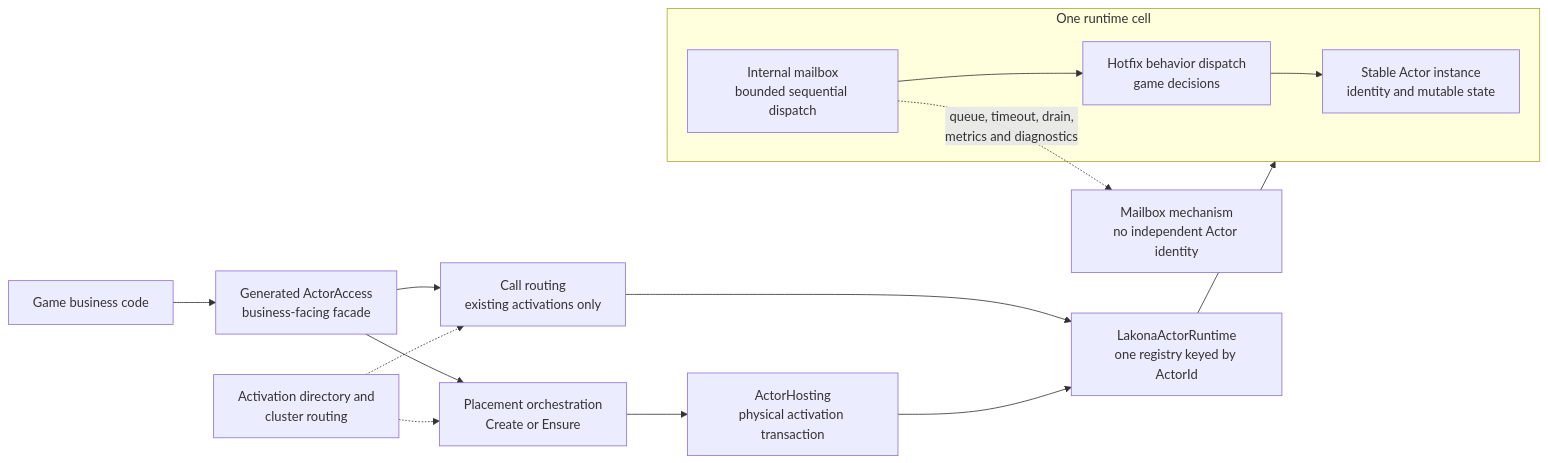
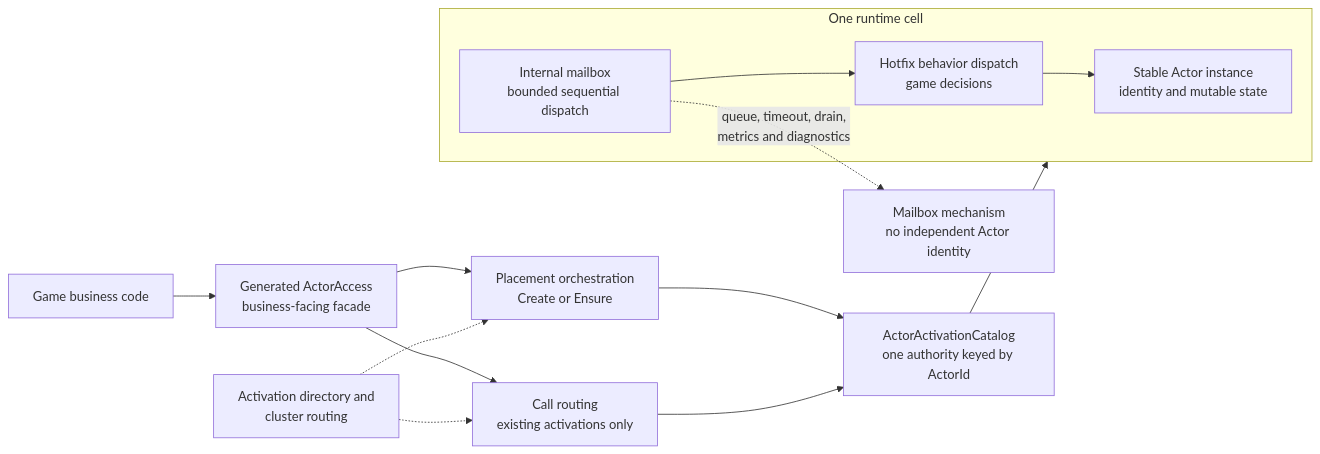
The first of 7 diagrams in docs/actor.md (bruce48x/Lakona), drawn with Mermaid before and after one commit. The commit also changed other lines of this file and 47 other files, not shown here.

Commit message:
Replace actor hosting with activation catalog

````diff
--- a/docs/actor.md
+++ b/docs/actor.md
@@ -29,22 +29,21 @@
 ```mermaid
 flowchart LR
     B["Game business code"] --> A["Generated ActorAccess<br/>business-facing facade"]
     A --> Q["Call routing<br/>existing activations only"]
     A --> P["Placement orchestration<br/>Create or Ensure"]
-    P --> H["ActorHosting<br/>physical activation transaction"]
-    Q --> R["LakonaActorRuntime<br/>one registry keyed by ActorId"]
-    H --> R
+    P --> R["ActorActivationCatalog<br/>one authority keyed by ActorId"]
+    Q --> R
 
     subgraph Cell["One runtime cell"]
         S["Stable Actor instance<br/>identity and mutable state"]
         M["Internal mailbox<br/>bounded sequential dispatch"]
         D["Hotfix behavior dispatch<br/>game decisions"]
         M --> D
         D --> S
     end
 
     R --> Cell
     C["Activation directory and<br/>cluster routing"] -.-> Q
     C -.-> P
     M -.->|"queue, timeout, drain,<br/>metrics and diagnostics"| X["Mailbox mechanism<br/>no independent Actor identity"]
 ```
````
